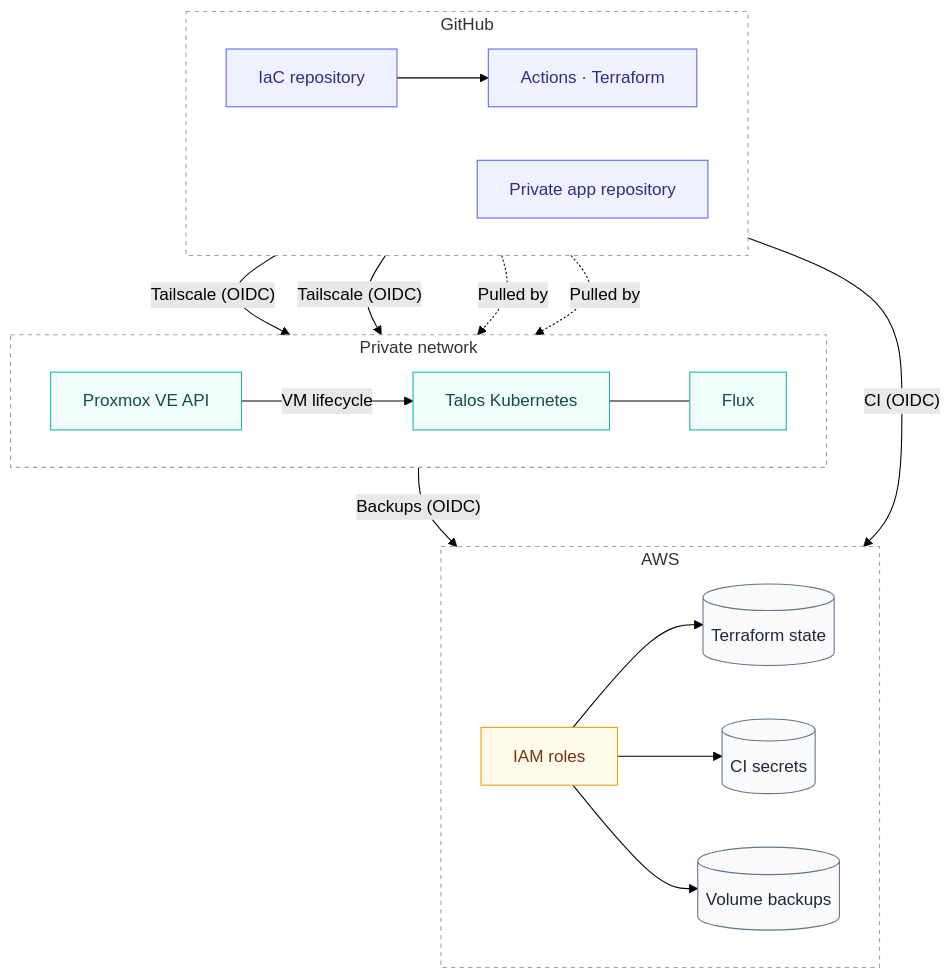
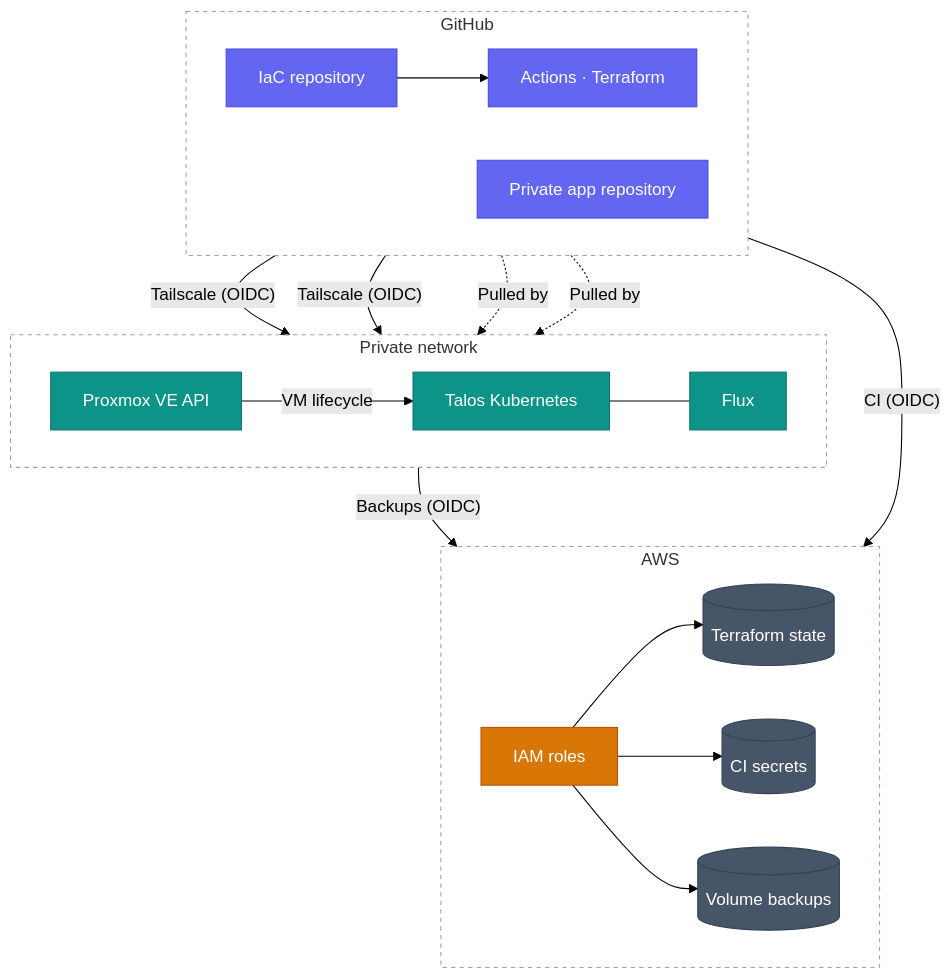
One commit to rauland/iac changed the diagram in README.md. Above: the diagram before and after it, drawn with Mermaid (forest theme).

Commit message:
Use mid-tone fills in the architecture diagram, calmer on dark themes
Claude-Session: https://claude.ai/code/session_01GaWU1W6epJg7bgDswMPmiT

````diff
--- a/README.md
+++ b/README.md
@@ -31,40 +31,40 @@
 ```mermaid
 flowchart TB
     subgraph github["GitHub"]
         direction LR
         repo["IaC repository"] --> actions["Actions · Terraform"]
         apps["Private app repository"]
     end
 
     subgraph homelab["Private network"]
         direction LR
         proxmox["Proxmox VE API"] -->|VM lifecycle| talos["Talos Kubernetes"]
         talos --- flux["Flux"]
     end
 
     subgraph aws["AWS"]
         direction LR
         iam["IAM roles"] --> state[("Terraform state")]
         iam --> ssm[("CI secrets")]
         iam --> backups[("Volume backups")]
     end
 
     actions -->|"Tailscale (OIDC)"| proxmox
     actions -->|"Tailscale (OIDC)"| talos
     actions -->|"CI (OIDC)"| iam
     talos -->|"Backups (OIDC)"| iam
     repo -.->|Pulled by| flux
     apps -.->|Pulled by| flux
 
-    classDef source fill:#EEF2FF,stroke:#6366F1,color:#312E81
-    classDef runtime fill:#F0FDFA,stroke:#14B8A6,color:#134E4A
-    classDef identity fill:#FFFBEB,stroke:#F59E0B,color:#78350F
-    classDef data fill:#F8FAFC,stroke:#64748B,color:#1E293B
+    classDef source fill:#6366F1,stroke:#4F46E5,color:#FFFFFF
+    classDef runtime fill:#0D9488,stroke:#0F766E,color:#FFFFFF
+    classDef identity fill:#D97706,stroke:#B45309,color:#FFFFFF
+    classDef data fill:#475569,stroke:#334155,color:#FFFFFF
     classDef group fill:none,stroke:#94A3B8,stroke-dasharray:4 4
 
     class repo,apps,actions source
     class proxmox,talos,flux runtime
     class iam identity
     class state,ssm,backups data
     class github,homelab,aws group
 ```
````
